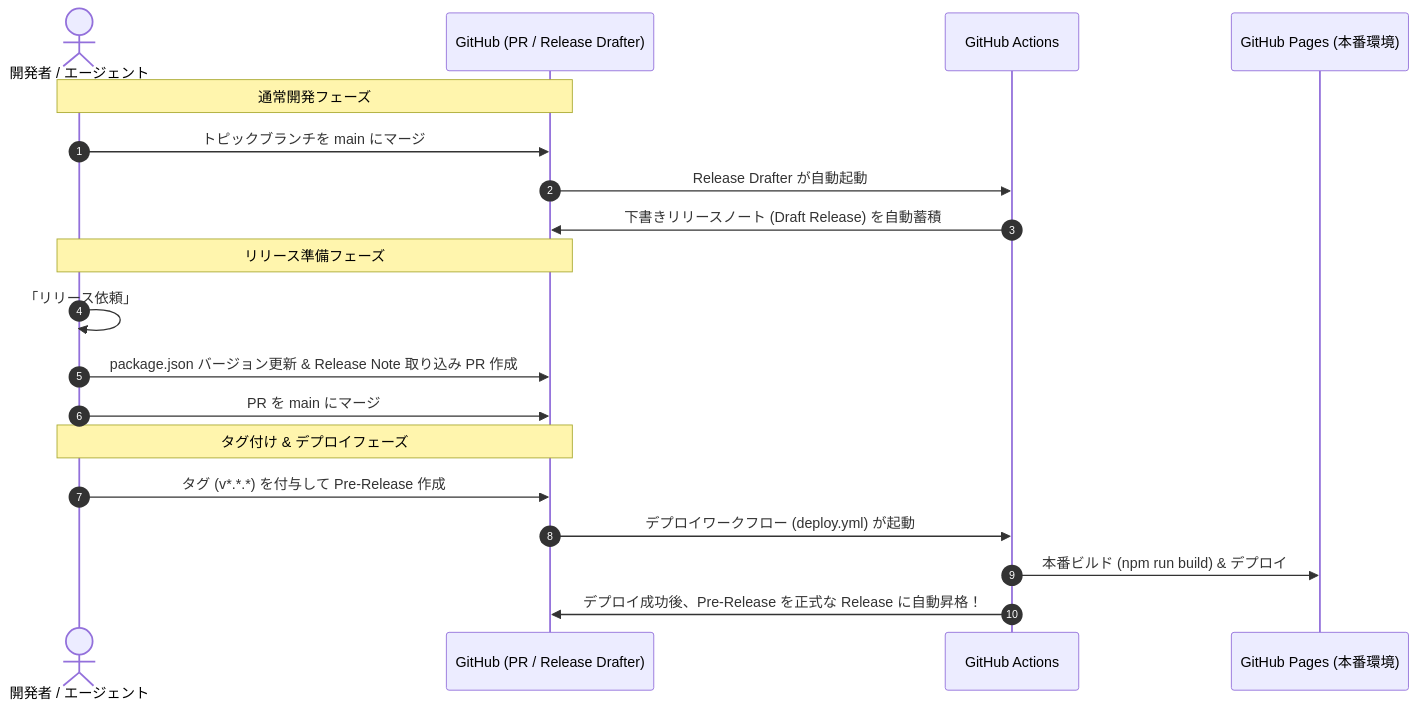
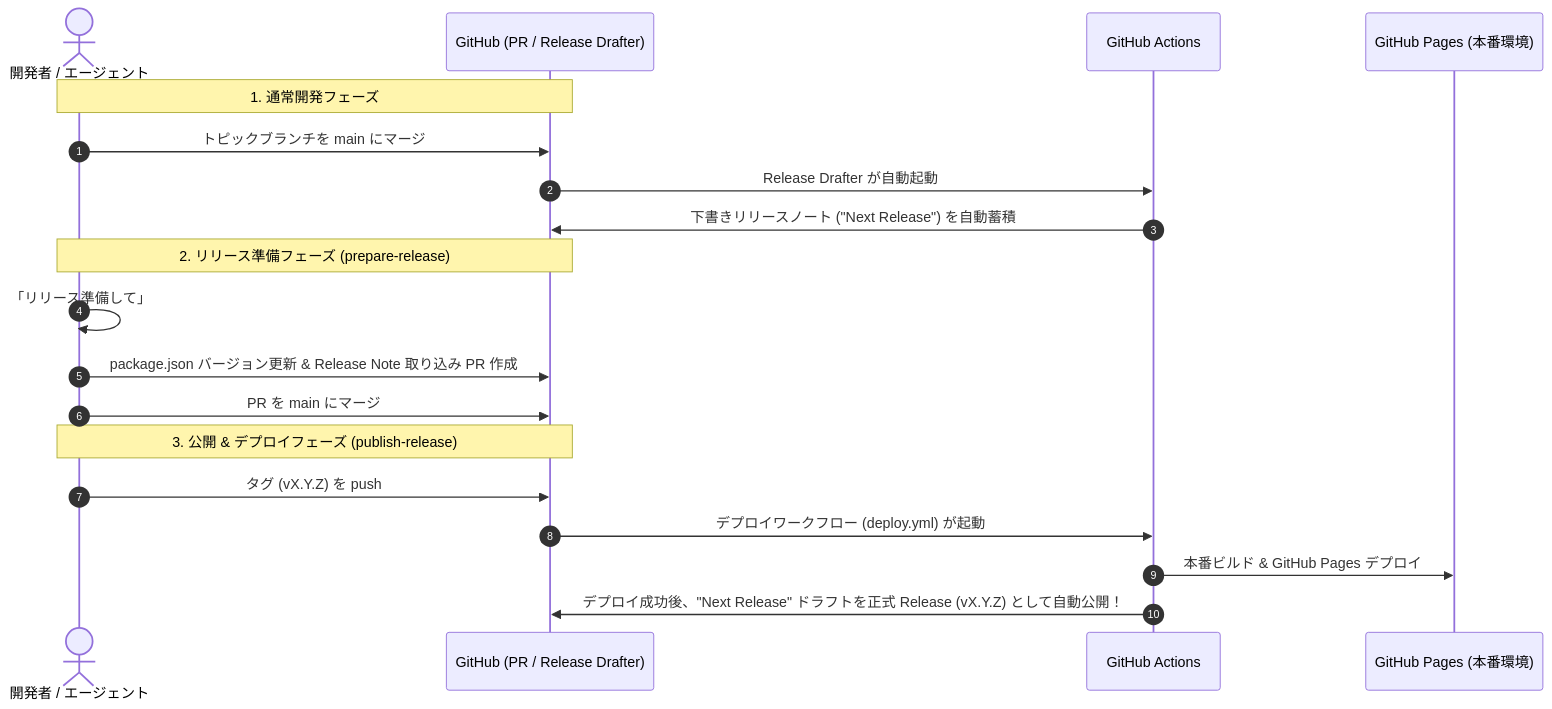
Before and after one commit to asabon/personal-dev-dashboard: the diagram in docs/release-flow.md, drawn with Mermaid. The commit also changed other lines of this file and 5 other files, not shown here.

Commit message:
refactor(release): simplify release flow for Web SPA by removing redundant Pre-Release step and introducing publish-release skill

````diff
--- a/docs/release-flow.md
+++ b/docs/release-flow.md
@@ -40,24 +40,24 @@
 ```mermaid
 sequenceDiagram
     autonumber
     actor Dev as 開発者 / エージェント
     participant GH as GitHub (PR / Release Drafter)
     participant Action as GitHub Actions
     participant Pages as GitHub Pages (本番環境)
 
-    Note over Dev,GH: 通常開発フェーズ
+    Note over Dev,GH: 1. 通常開発フェーズ
     Dev->>GH: トピックブランチを main にマージ
     GH->>Action: Release Drafter が自動起動
-    Action->>GH: 下書きリリースノート (Draft Release) を自動蓄積
+    Action->>GH: 下書きリリースノート ("Next Release") を自動蓄積
 
-    Note over Dev,GH: リリース準備フェーズ
-    Dev->>Dev: 「リリース依頼」
+    Note over Dev,GH: 2. リリース準備フェーズ (prepare-release)
+    Dev->>Dev: 「リリース準備して」
     Dev->>GH: package.json バージョン更新 & Release Note 取り込み PR 作成
     Dev->>GH: PR を main にマージ
 
-    Note over Dev,GH: タグ付け & デプロイフェーズ
-    Dev->>GH: タグ (v*.*.*) を付与して Pre-Release 作成
+    Note over Dev,GH: 3. 公開 & デプロイフェーズ (publish-release)
+    Dev->>GH: タグ (vX.Y.Z) を push
     GH->>Action: デプロイワークフロー (deploy.yml) が起動
-    Action->>Pages: 本番ビルド (npm run build) & デプロイ
-    Action->>GH: デプロイ成功後、Pre-Release を正式な Release に自動昇格！
+    Action->>Pages: 本番ビルド & GitHub Pages デプロイ
+    Action->>GH: デプロイ成功後、"Next Release" ドラフトを正式 Release (vX.Y.Z) として自動公開！
 ```
````
